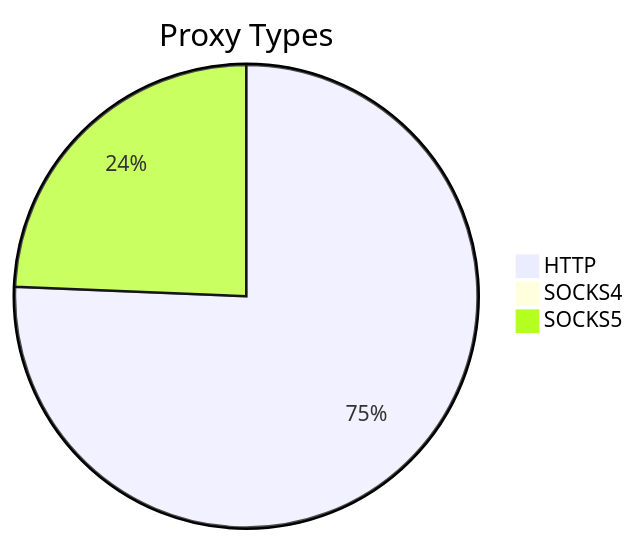
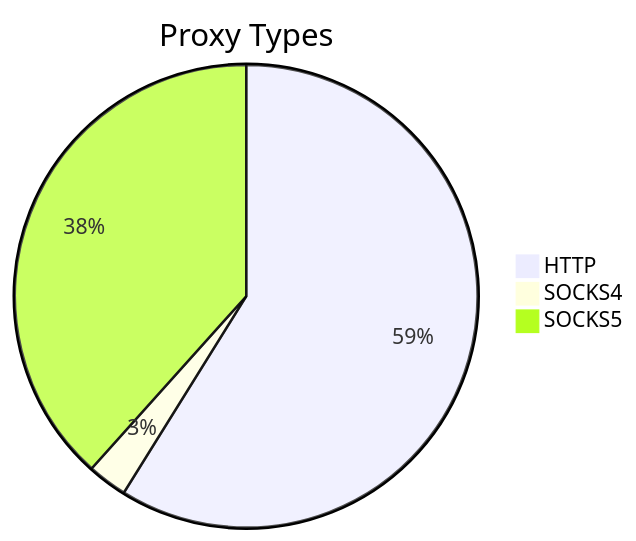
One commit to stormsia/proxy-list changed the first of 2 diagrams in README.md. Above: the diagram before and after it, drawn with Mermaid. The commit also changed other lines of this file, not shown here.

````diff
--- a/README.md
+++ b/README.md
@@ -21,6 +21,6 @@
 ```mermaid
 pie title Proxy Types
-    "HTTP" : 1650
-    "SOCKS4" : 21
-    "SOCKS5" : 531
+    "HTTP" : 1527
+    "SOCKS4" : 72
+    "SOCKS5" : 995
 ```
````
